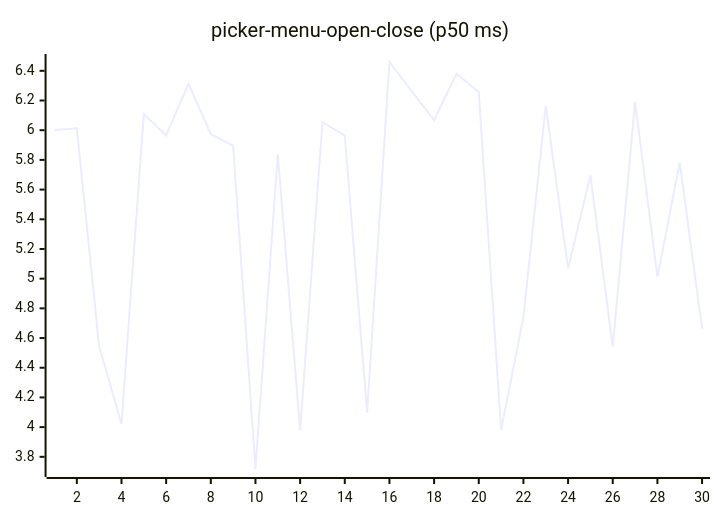
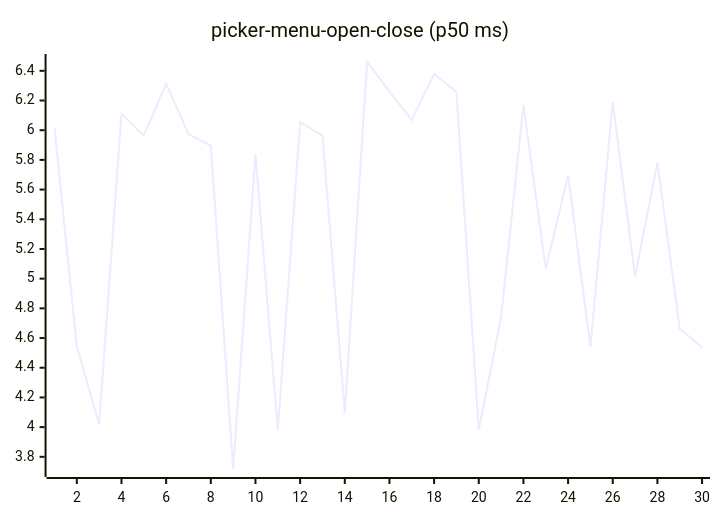
Before and after one commit to josha/Facet: diagram 16 of 27 in README.md, drawn with Mermaid. The commit also changed other lines of this file and 2 other files, not shown here.

````diff
--- a/README.md
+++ b/README.md
@@ -168,6 +168,6 @@
 ```mermaid
 xychart-beta
     title "picker-menu-open-close (p50 ms)"
     x-axis 1 --> 30
-    line [6.0006, 6.0128, 4.5439, 4.0216, 6.1100, 5.9646, 6.3137, 5.9733, 5.8960, 3.7179, 5.8378, 3.9788, 6.0543, 5.9629, 4.0972, 6.4594, 6.2618, 6.0678, 6.3801, 6.2569, 3.9826, 4.7388, 6.1676, 5.0690, 5.6954, 4.5402, 6.1912, 5.0120, 5.7822, 4.6627]
+    line [6.0128, 4.5439, 4.0216, 6.1100, 5.9646, 6.3137, 5.9733, 5.8960, 3.7179, 5.8378, 3.9788, 6.0543, 5.9629, 4.0972, 6.4594, 6.2618, 6.0678, 6.3801, 6.2569, 3.9826, 4.7388, 6.1676, 5.0690, 5.6954, 4.5402, 6.1912, 5.0120, 5.7822, 4.6627, 4.5372]
 ```
````
